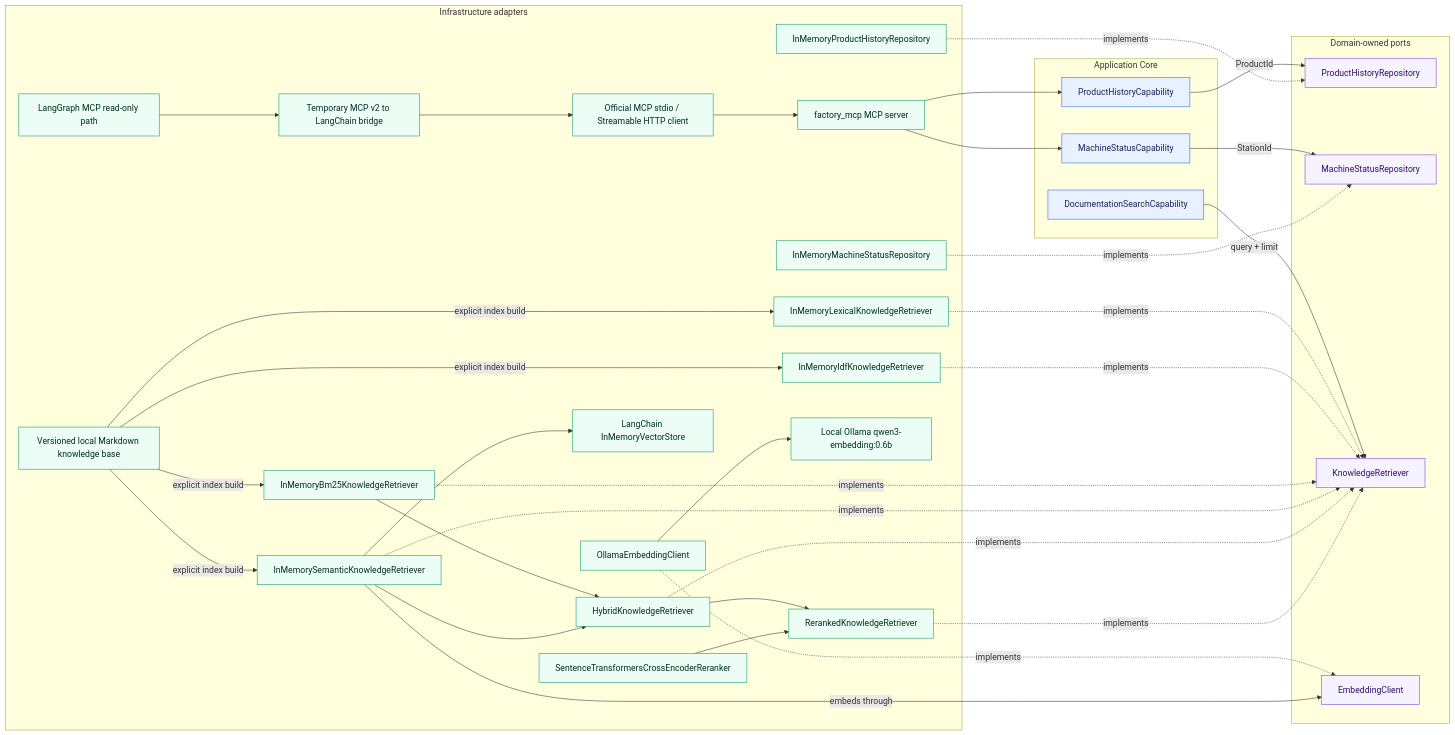
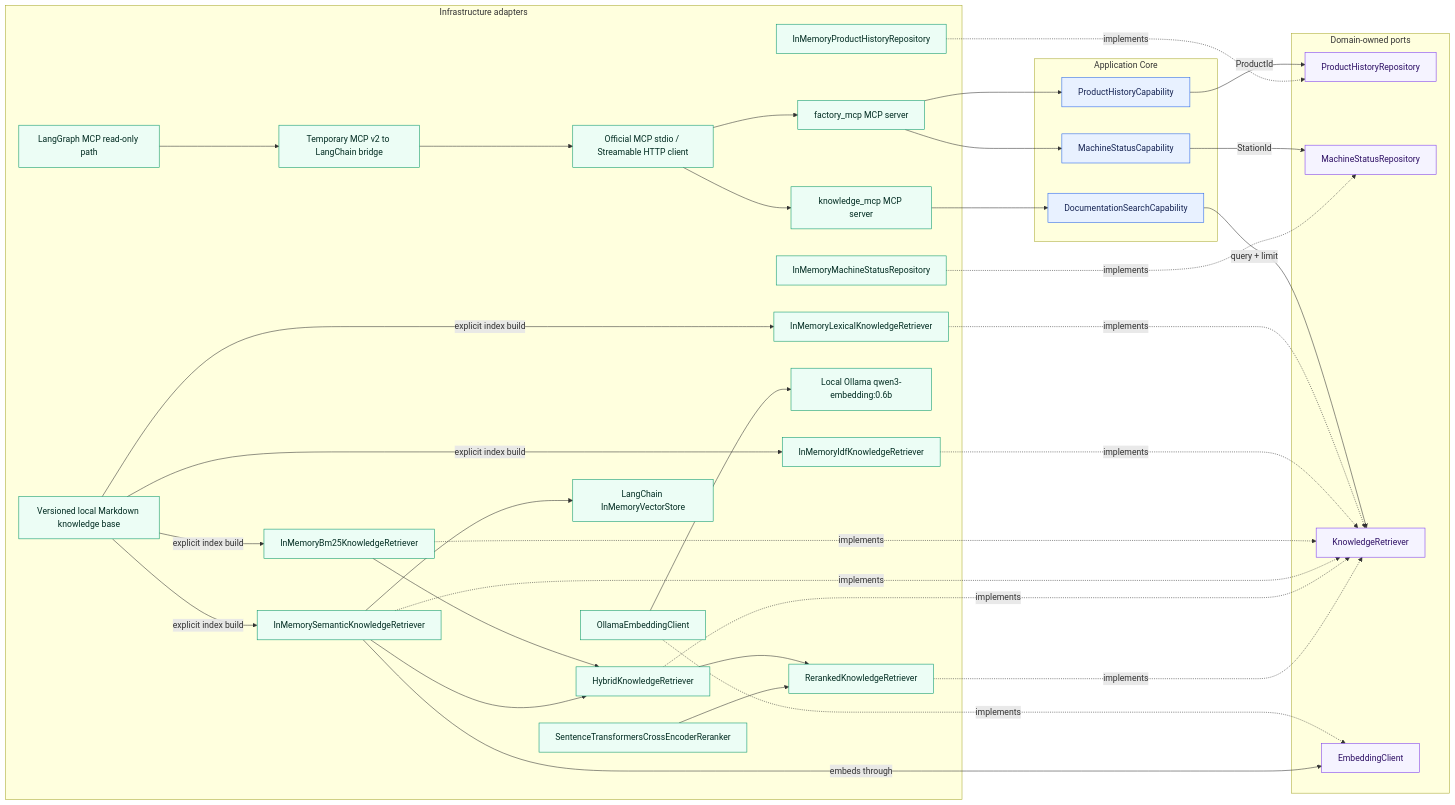
The first of 11 diagrams in docs/architecture/overview.md (aboerzel/industrial-ai-agent), drawn with Mermaid before and after one commit. The commit also changed other lines of this file and 29 other files, not shown here.

Commit message:
feat: add knowledge MCP service and multi-server integration

````diff
--- a/docs/architecture/overview.md
+++ b/docs/architecture/overview.md
@@ -32,71 +32,74 @@
 ```mermaid
 flowchart LR
     subgraph Core["Application Core"]
         PHC["ProductHistoryCapability"]
         MSC["MachineStatusCapability"]
         DSC["DocumentationSearchCapability"]
     end
 
     subgraph Ports["Domain-owned ports"]
         PHR["ProductHistoryRepository"]
         MSR["MachineStatusRepository"]
         KR["KnowledgeRetriever"]
         EP["EmbeddingClient"]
     end
 
     subgraph Infrastructure["Infrastructure adapters"]
         PHM["InMemoryProductHistoryRepository"]
         MSM["InMemoryMachineStatusRepository"]
         LKR["InMemoryLexicalKnowledgeRetriever"]
         IDF["InMemoryIdfKnowledgeRetriever"]
         BM25["InMemoryBm25KnowledgeRetriever"]
         SEM["InMemorySemanticKnowledgeRetriever"]
         HYB["HybridKnowledgeRetriever"]
         RER["RerankedKnowledgeRetriever"]
         CEP["SentenceTransformersCrossEncoderReranker"]
         OEC["OllamaEmbeddingClient"]
         VEC["LangChain InMemoryVectorStore"]
         KB["Versioned local Markdown knowledge base"]
         OLLAMA["Local Ollama qwen3-embedding:0.6b"]
         FMCP["factory_mcp MCP server"]
+        KMCP["knowledge_mcp MCP server"]
         MCPCLIENT["Official MCP stdio / Streamable HTTP client"]
         MCPBRIDGE["Temporary MCP v2 to LangChain bridge"]
         LG["LangGraph MCP read-only path"]
     end
 
     PHC -->|"ProductId"| PHR
     MSC -->|"StationId"| MSR
     DSC -->|"query + limit"| KR
     PHM -.->|"implements"| PHR
     MSM -.->|"implements"| MSR
     LKR -.->|"implements"| KR
     IDF -.->|"implements"| KR
     BM25 -.->|"implements"| KR
     SEM -.->|"implements"| KR
     HYB -.->|"implements"| KR
     RER -.->|"implements"| KR
     OEC -.->|"implements"| EP
     KB -->|"explicit index build"| LKR
     KB -->|"explicit index build"| IDF
     KB -->|"explicit index build"| BM25
     KB -->|"explicit index build"| SEM
     BM25 --> HYB
     SEM --> HYB
     HYB --> RER
     CEP --> RER
     SEM -->|"embeds through"| EP
     SEM --> VEC
     OEC --> OLLAMA
     FMCP --> PHC
     FMCP --> MSC
+    KMCP --> DSC
     MCPCLIENT --> FMCP
+    MCPCLIENT --> KMCP
     LG --> MCPBRIDGE
     MCPBRIDGE --> MCPCLIENT
 
     classDef core fill:#e8f1ff,stroke:#2563eb,color:#172554
     classDef port fill:#f5f3ff,stroke:#7c3aed,color:#2e1065
     classDef adapter fill:#ecfdf5,stroke:#059669,color:#022c22
     class PHC,MSC,DSC core
     class PHR,MSR,KR,EP port
-    class PHM,MSM,LKR,IDF,BM25,SEM,HYB,RER,CEP,OEC,VEC,KB,OLLAMA,FMCP,MCPCLIENT,MCPBRIDGE,LG adapter
+    class PHM,MSM,LKR,IDF,BM25,SEM,HYB,RER,CEP,OEC,VEC,KB,OLLAMA,FMCP,KMCP,MCPCLIENT,MCPBRIDGE,LG adapter
 ```
````
